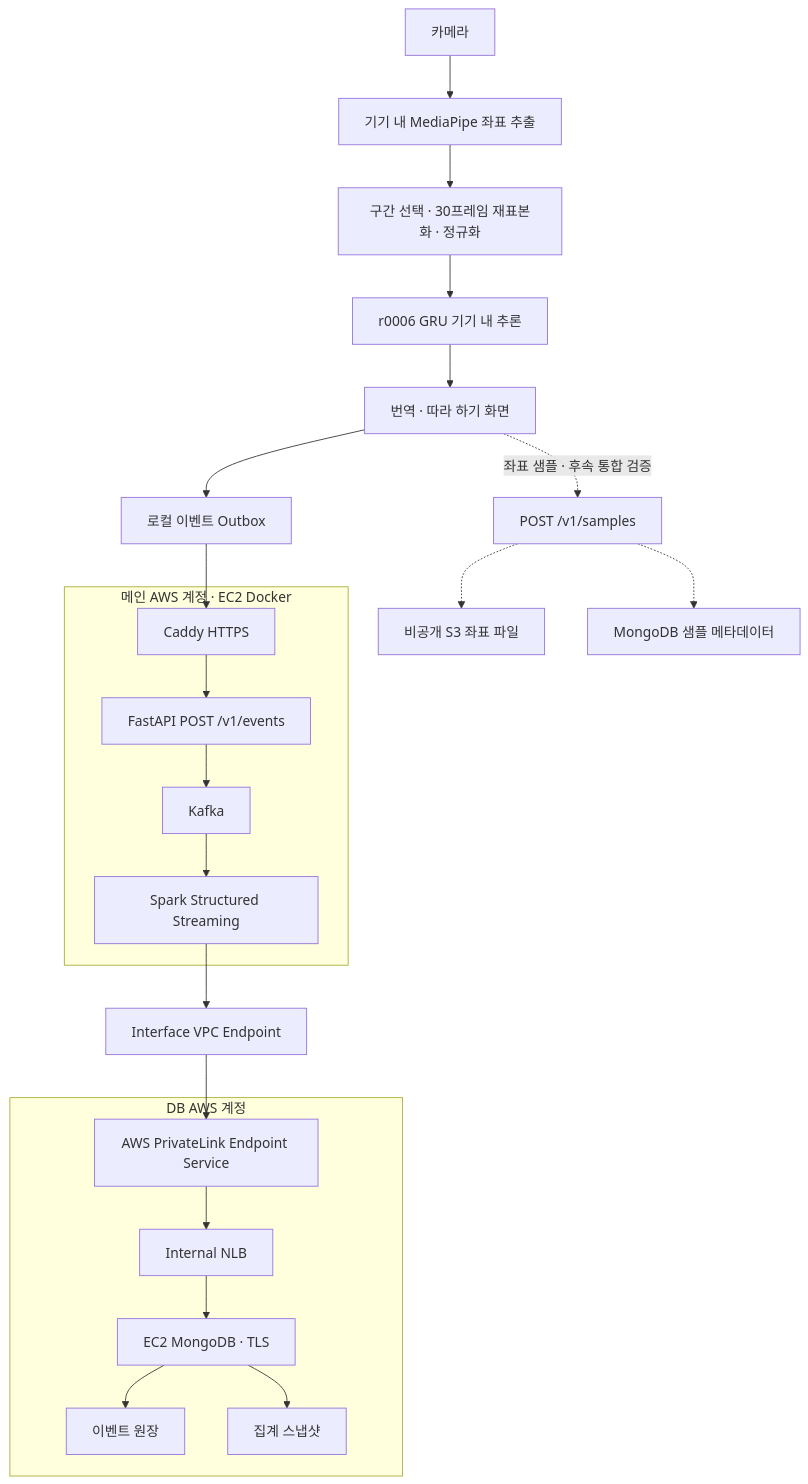
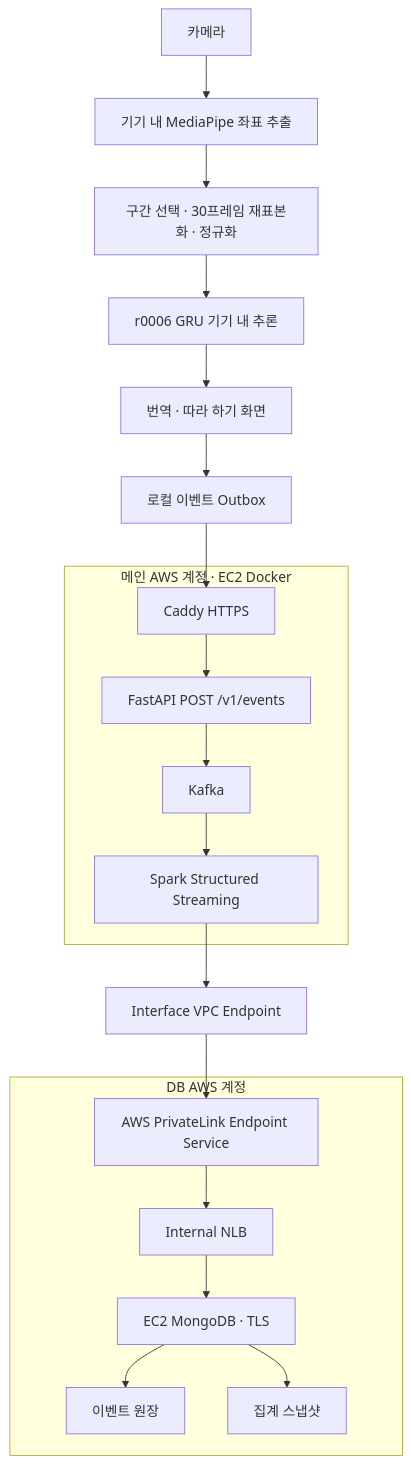
One commit to Leesannn/handword_demo changed the first of 3 diagrams in README.md. Above: the diagram before and after it, drawn with Mermaid. The commit also changed other lines of this file and 14 other files, not shown here.

````diff
--- a/README.md
+++ b/README.md
@@ -59,25 +77,22 @@
 ```mermaid
 flowchart TD
     C[카메라] --> L[기기 내 MediaPipe 좌표 추출]
     L --> P[구간 선택 · 30프레임 재표본화 · 정규화]
     P --> M[r0006 GRU 기기 내 추론]
     M --> U[번역 · 따라 하기 화면]
     U --> O[로컬 이벤트 Outbox]
     O --> H[Caddy HTTPS]
     subgraph MAIN[메인 AWS 계정 · EC2 Docker]
         H --> A[FastAPI POST /v1/events]
         A --> K[Kafka]
         K --> S[Spark Structured Streaming]
     end
     S --> E[Interface VPC Endpoint]
     E --> V[AWS PrivateLink Endpoint Service]
     subgraph DB[DB AWS 계정]
         V --> N[Internal NLB]
         N --> D[EC2 MongoDB · TLS]
         D --> R[이벤트 원장]
         D --> G[집계 스냅샷]
     end
-    U -. 좌표 샘플 · 후속 통합 검증 .-> Q[POST /v1/samples]
-    Q -.-> B[비공개 S3 좌표 파일]
-    Q -.-> T[MongoDB 샘플 메타데이터]
 ```
````
